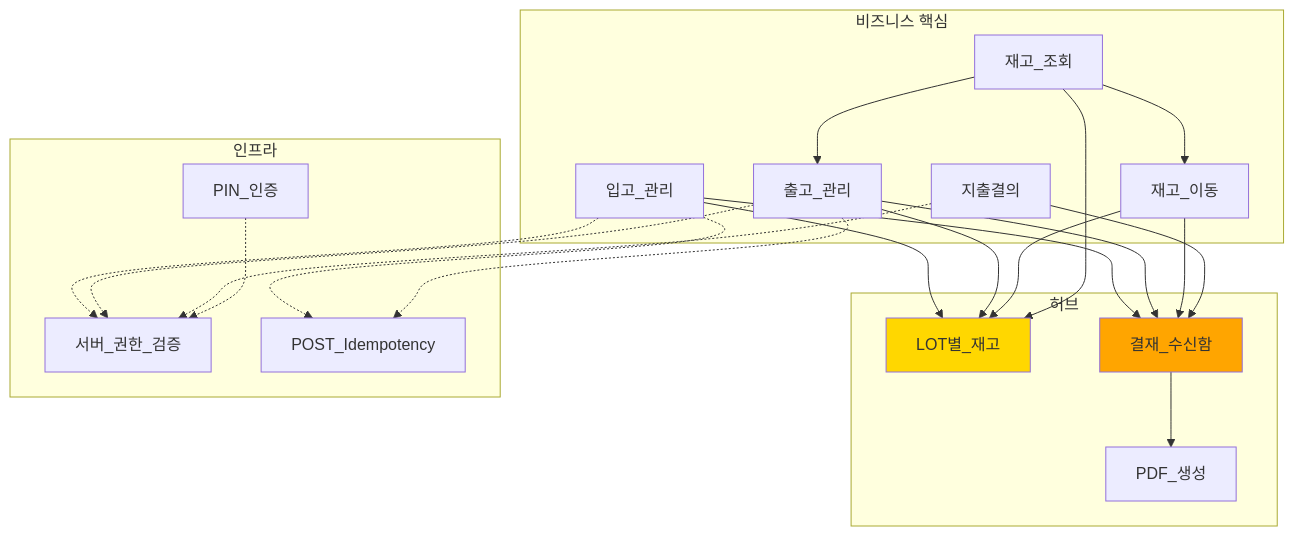
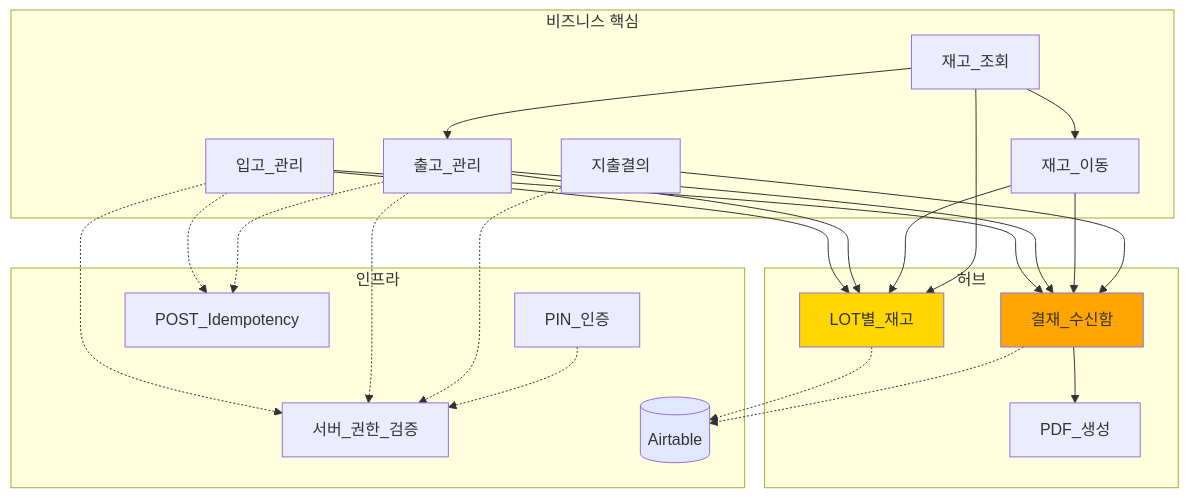
One commit to Seolgiii/seafood-erp changed the first of 2 diagrams in obsidian-vault/60_관계도/ERP_핵심구조_큰그림.md. Above: the diagram before and after it, drawn with Mermaid. The commit also changed other lines of this file and 1 other file, not shown here.

Commit message:
fix(wrap-up): 4.5-D-1 create-if-missing 정책 + 큰 그림에 Airtable 추가
- 4.5-D-1을 create-if-missing으로 변경 — 파일 존재 시 절대 덮어쓰지 않음
  (수동 편집이 항상 우선, /wrap-up이 의도치 않게 사용자 변경을 회귀시키지 않음)
- 큰 그림 헤더 수정 — "자동 생성" 안내문구 → "수동 관리" 안내
- 인프라 subgraph에 Airtable 노드 (cylinder shape) 추가
  + LOT/결재 -.-> Airtable 점선 edge (데이터 저장 의존)
- 관련 노트에 Airtable 매핑 추가

````diff
--- a/obsidian-vault/60_관계도/ERP_핵심구조_큰그림.md
+++ b/obsidian-vault/60_관계도/ERP_핵심구조_큰그림.md
@@ -8,49 +8,54 @@
 ```mermaid
 graph TD
     subgraph "비즈니스 핵심"
         입고[입고_관리]
         출고[출고_관리]
         이동[재고_이동]
         조회[재고_조회]
         지출[지출결의]
     end
 
     subgraph "허브"
         LOT[LOT별_재고]
         결재[결재_수신함]
         PDF[PDF_생성]
     end
 
     subgraph "인프라"
         PIN[PIN_인증]
         권한[서버_권한_검증]
         Idem[POST_Idempotency]
+        AT[(Airtable)]
     end
 
     입고 --> LOT
     출고 --> LOT
     이동 --> LOT
     조회 --> LOT
 
     조회 --> 출고
     조회 --> 이동
 
     입고 --> 결재
     출고 --> 결재
     이동 --> 결재
     지출 --> 결재
 
     결재 --> PDF
 
     입고 -.-> 권한
     출고 -.-> 권한
     지출 -.-> 권한
 
     입고 -.-> Idem
     출고 -.-> Idem
 
     PIN -.-> 권한
 
+    LOT -.-> AT
+    결재 -.-> AT
+
     style LOT fill:#ffd700
     style 결재 fill:#ffa500
+    style AT fill:#e0e7ff
 ```
````
